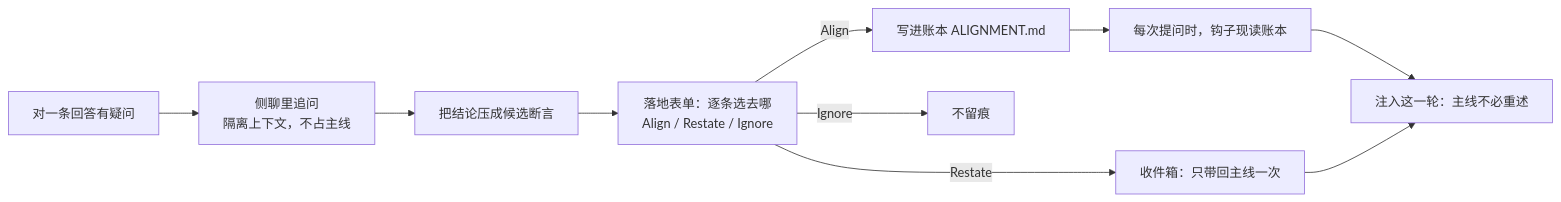
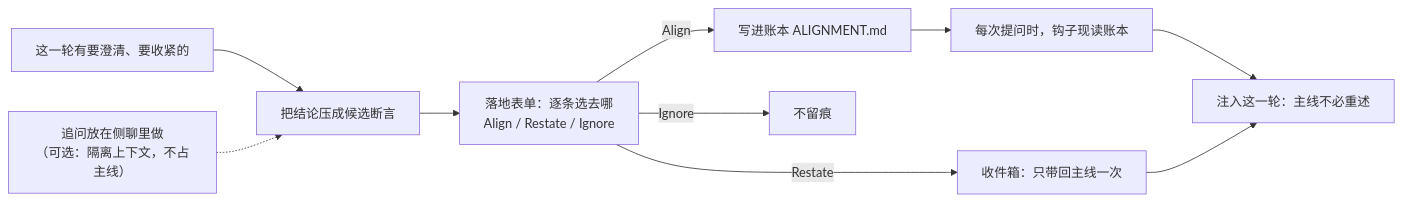
The diagram in README.md (ShixuJ/Rein), drawn with Mermaid before and after one commit. The commit also changed other lines of this file and 15 other files, not shown here.

````diff
--- a/README.md
+++ b/README.md
@@ -40,12 +49,12 @@
 ```mermaid
 flowchart LR
-  Q["对一条回答有疑问"] --> S["侧聊里追问<br/>隔离上下文，不占主线"]
-  S --> C["把结论压成候选断言"]
+  Q["这一轮有要澄清、要收紧的"] --> C["把结论压成候选断言"]
+  S["追问放在侧聊里做<br/>（可选：隔离上下文，不占主线）"] -.-> C
   C --> F["落地表单：逐条选去哪<br/>Align / Restate / Ignore"]
   F -->|Align| L["写进账本 ALIGNMENT.md"]
   F -->|Restate| I["收件箱：只带回主线一次"]
   F -->|Ignore| N["不留痕"]
   L --> H["每次提问时，钩子现读账本"]
   H --> M["注入这一轮：主线不必重述"]
   I --> M
 ```
````
